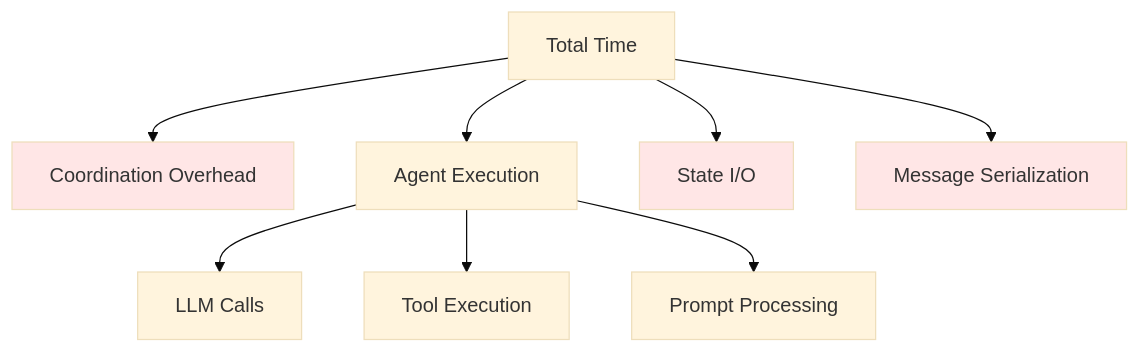
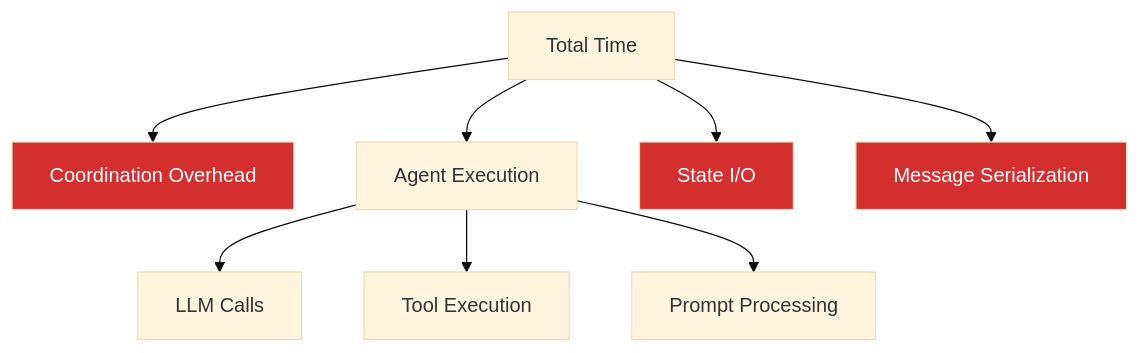
One commit to EideticPleroma/tutorials changed the diagram in lesson-2-multi-agent/tutorial-2/guides/performance-profiling.md. Above: the diagram before and after it, drawn with Mermaid (base theme). The commit also changed 19 other files, not shown here.

````diff
--- a/lesson-2-multi-agent/tutorial-2/guides/performance-profiling.md
+++ b/lesson-2-multi-agent/tutorial-2/guides/performance-profiling.md
@@ -24,15 +24,15 @@
 ```mermaid
 graph TD
     A[Total Time] --> B[Coordination Overhead]
     A --> C[Agent Execution]
     A --> D[State I/O]
     A --> E[Message Serialization]
     
     C --> C1[LLM Calls]
     C --> C2[Tool Execution]
     C --> C3[Prompt Processing]
     
-    style B fill:#FFE6E6
-    style D fill:#FFE6E6
-    style E fill:#FFE6E6
+    style B fill:#D32F2F,color:#FFFFFF
+    style D fill:#D32F2F,color:#FFFFFF
+    style E fill:#D32F2F,color:#FFFFFF
 ```
````
